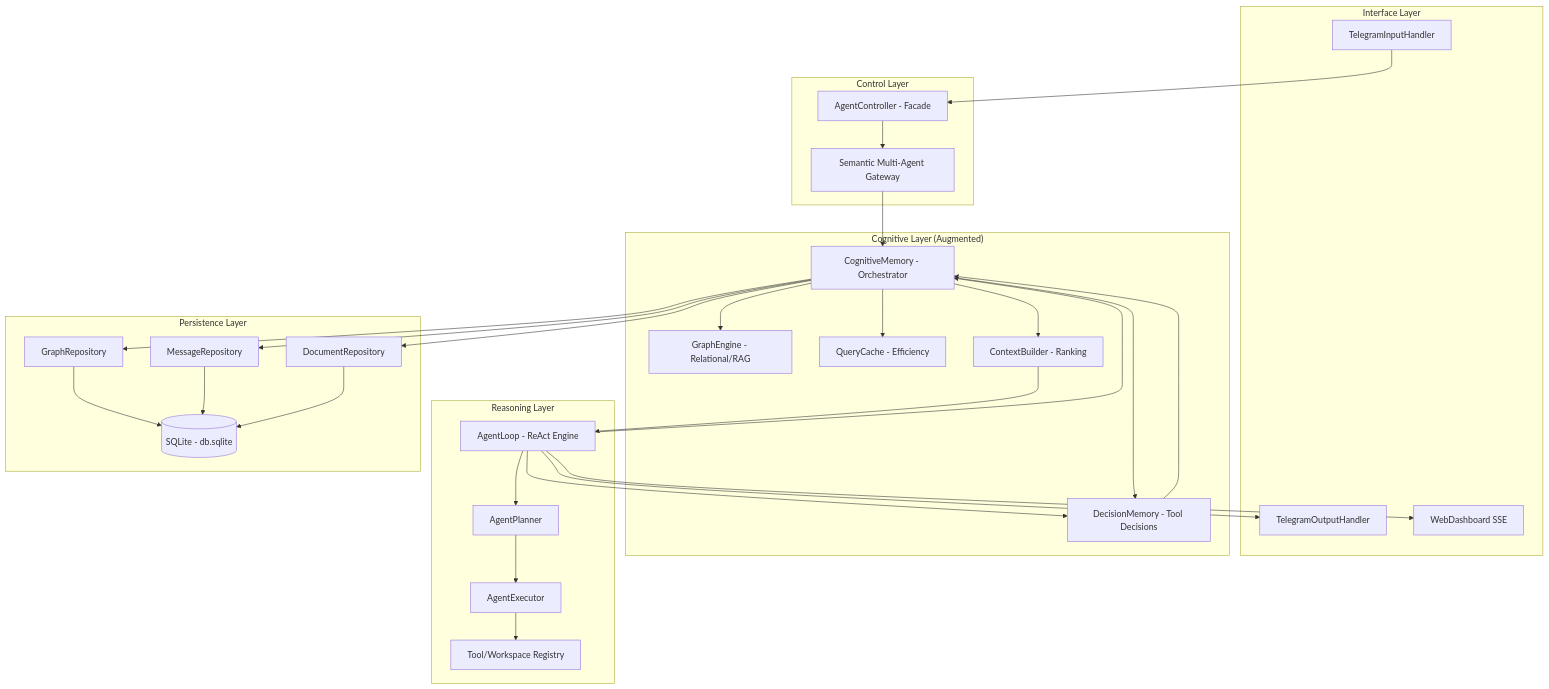
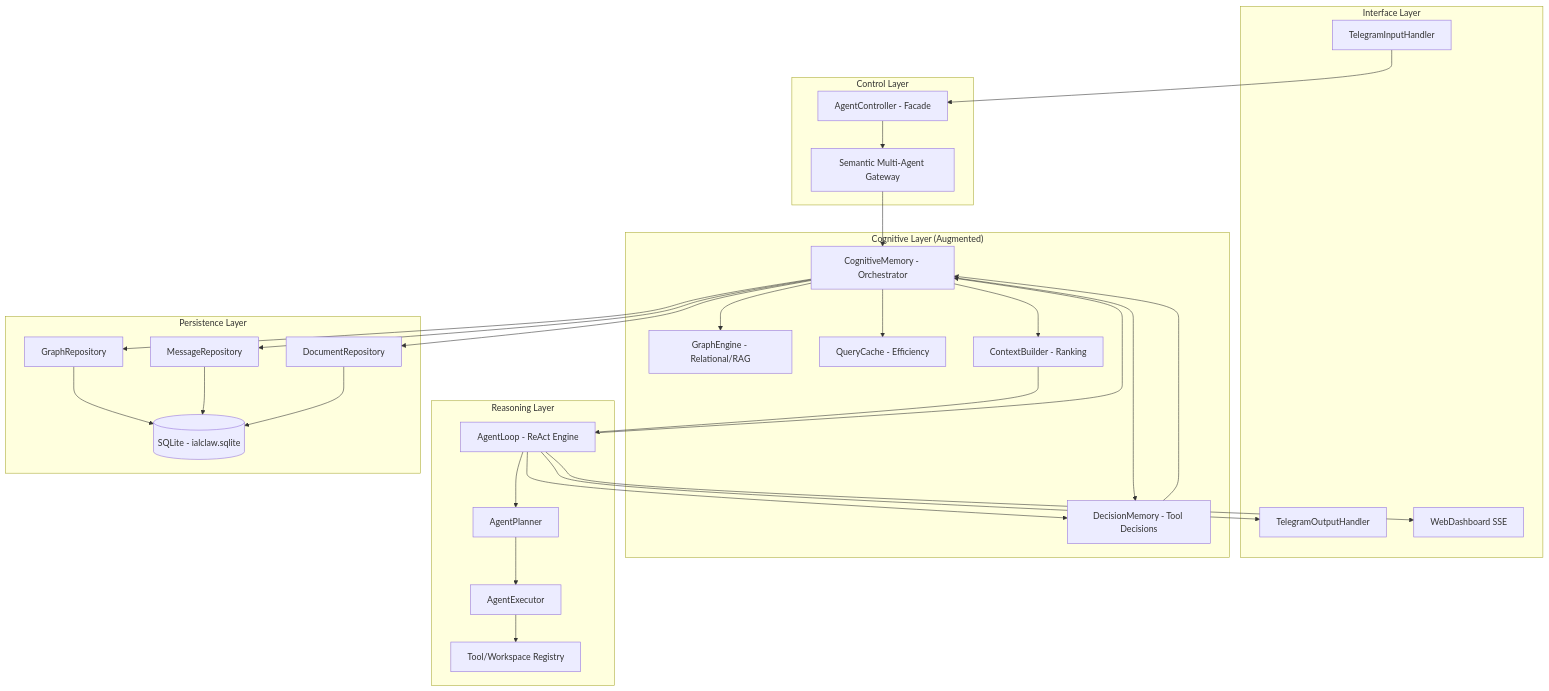
Before and after one commit to rovanni/IalClaw: the first of 4 diagrams in specs/architecture.md, drawn with Mermaid. The commit also changed other lines of this file and 13 other files, not shown here.

Commit message:
feat: atualizar referências de banco de dados para 'ialclaw.sqlite' em todo o projeto

````diff
--- a/specs/architecture.md
+++ b/specs/architecture.md
@@ -61,65 +61,65 @@
 ```mermaid
 graph TB
 
     subgraph "Interface Layer"
         InputH[TelegramInputHandler]
         OutputH[TelegramOutputHandler]
         Dash[WebDashboard SSE]
     end
 
     subgraph "Control Layer"
         Controller[AgentController - Facade]
         Gateway[Semantic Multi-Agent Gateway]
     end
 
     subgraph "Cognitive Layer (Augmented)"
         CogMem[CognitiveMemory - Orchestrator]
         GraphE[GraphEngine - Relational/RAG]
         QueryC[QueryCache - Efficiency]
         CtxB[ContextBuilder - Ranking]
         DecMem[DecisionMemory - Tool Decisions]
     end
 
     subgraph "Reasoning Layer"
         Loop[AgentLoop - ReAct Engine]
         Planner[AgentPlanner]
         Executor[AgentExecutor]
         Tools[Tool/Workspace Registry]
     end
 
     subgraph "Persistence Layer"
-        DB[(SQLite - db.sqlite)]
+        DB[(SQLite - ialclaw.sqlite)]
         DocsR[DocumentRepository]
         GraphR[GraphRepository]
         MsgR[MessageRepository]
     end
 
     InputH --> Controller
     Controller --> Gateway
     Gateway --> CogMem
     CogMem --> DecMem
     Loop --> DecMem
     DecMem --> CogMem
 
     CogMem --> QueryC
     CogMem --> GraphE
     CogMem --> DocsR
     CogMem --> CtxB
 
     CtxB --> Loop
 
     Loop --> Planner
     Planner --> Executor
     Executor --> Tools
     Loop --> CogMem
 
     CogMem --> GraphR
     CogMem --> MsgR
 
     GraphR --> DB
     MsgR --> DB
     DocsR --> DB
 
     Loop --> OutputH
     Loop --> Dash
 ```
````
